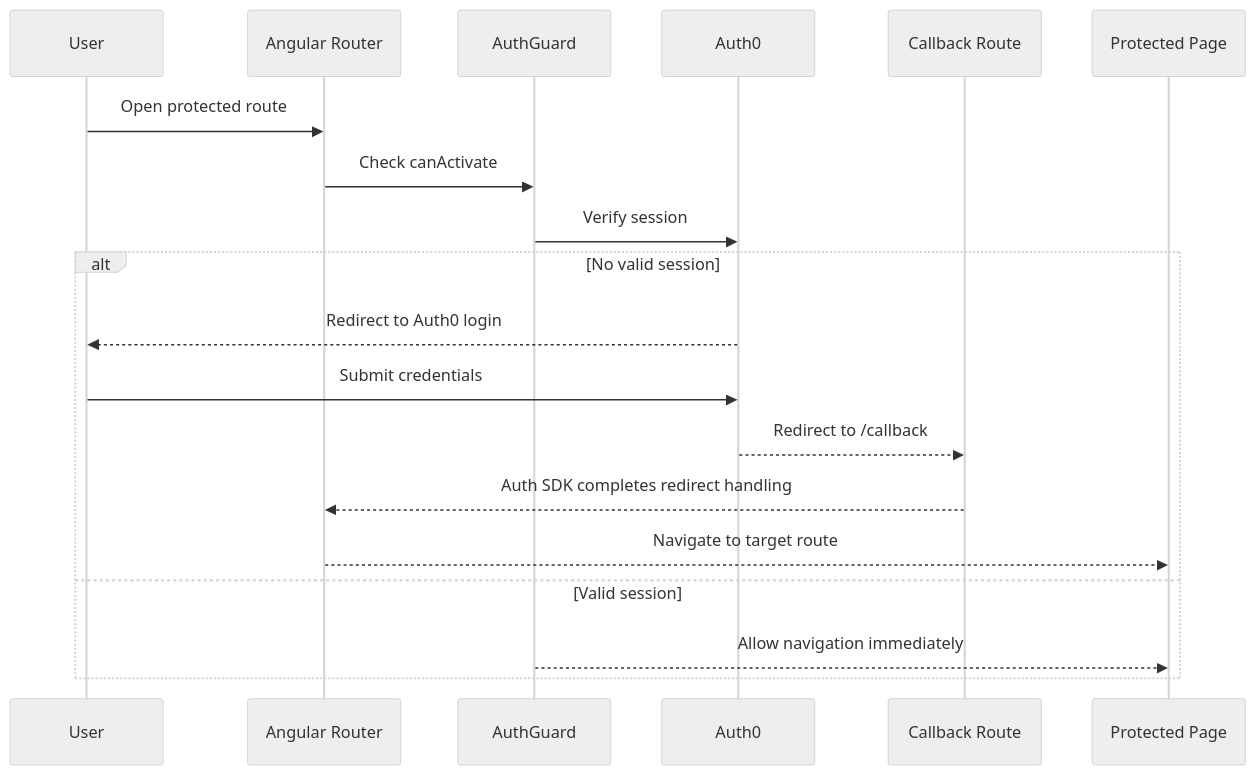
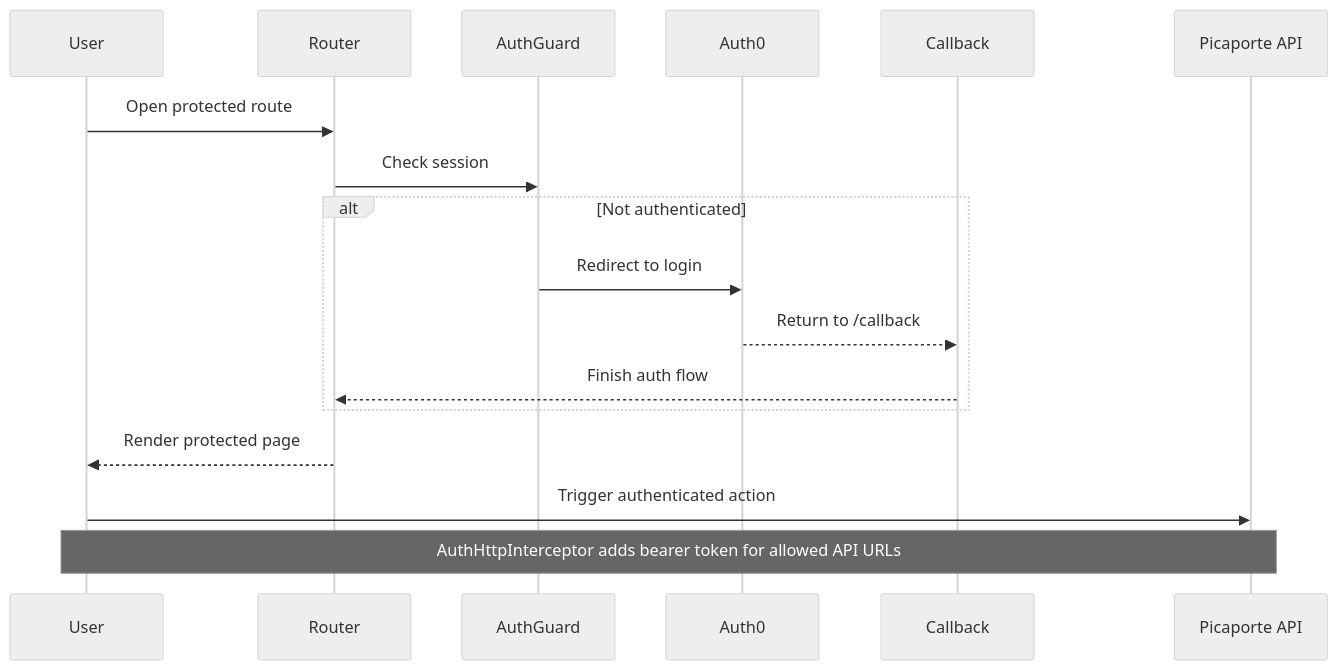
The second of 2 diagrams in README.md (Goncalo-Correia/picaporte-backoffice-frontend), drawn with Mermaid (neutral theme) before and after one commit. The commit also changed other lines of this file, not shown here.

````diff
--- a/README.md
+++ b/README.md
@@ -179,22 +123,20 @@
 ```mermaid
 sequenceDiagram
     participant U as User
-    participant R as Angular Router
+    participant R as Router
     participant G as AuthGuard
     participant A as Auth0
-    participant C as Callback Route
-    participant P as Protected Page
+    participant C as Callback
+    participant API as Picaporte API
 
     U->>R: Open protected route
-    R->>G: Check canActivate
-    G->>A: Verify session
-    alt No valid session
-        A-->>U: Redirect to Auth0 login
-        U->>A: Submit credentials
-        A-->>C: Redirect to /callback
-        C-->>R: Auth SDK completes redirect handling
-        R-->>P: Navigate to target route
-    else Valid session
-        G-->>P: Allow navigation immediately
+    R->>G: Check session
+    alt Not authenticated
+        G->>A: Redirect to login
+        A-->>C: Return to /callback
+        C-->>R: Finish auth flow
     end
+    R-->>U: Render protected page
+    U->>API: Trigger authenticated action
+    Note over U,API: AuthHttpInterceptor adds bearer token for allowed API URLs
 ```
````
